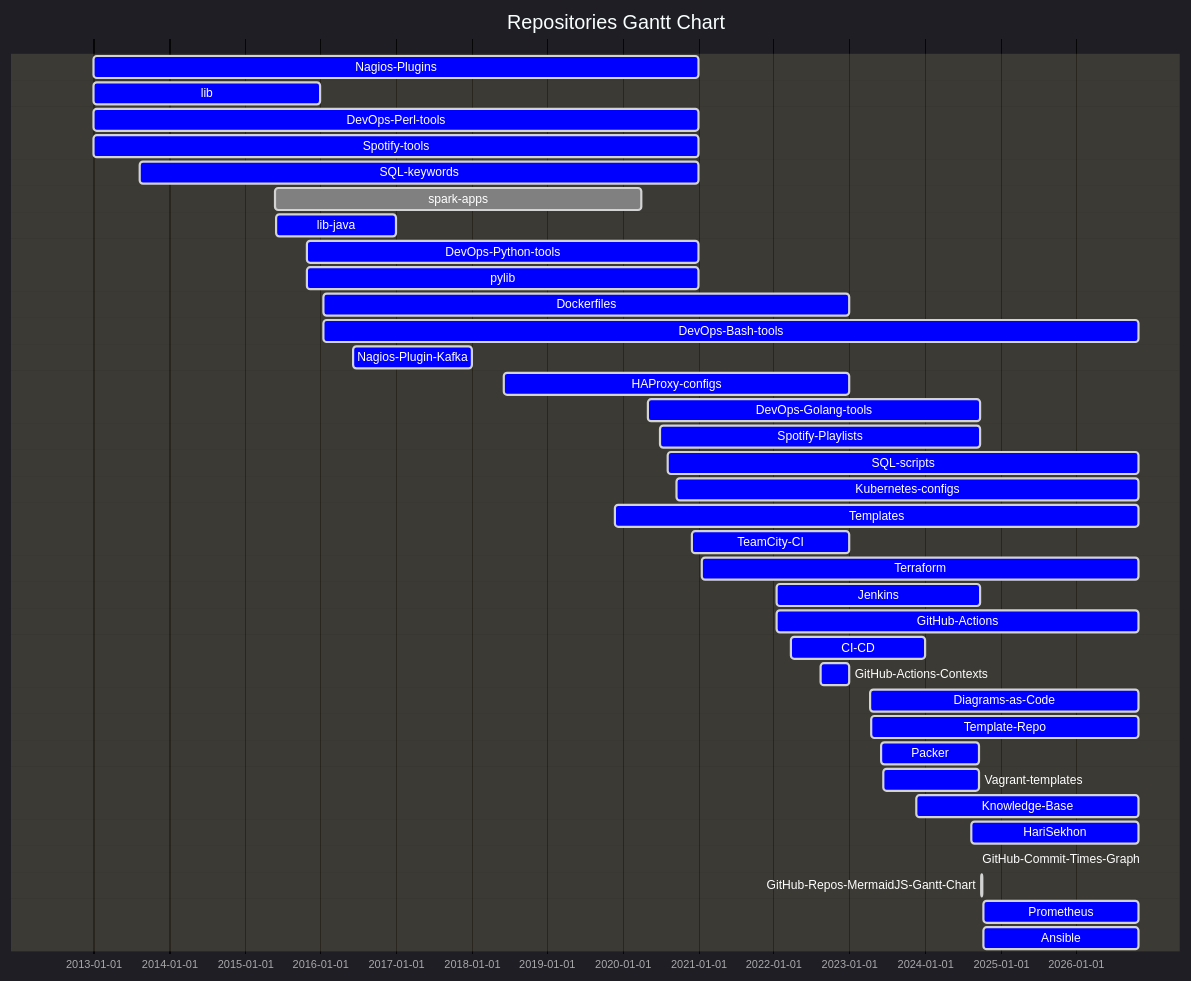
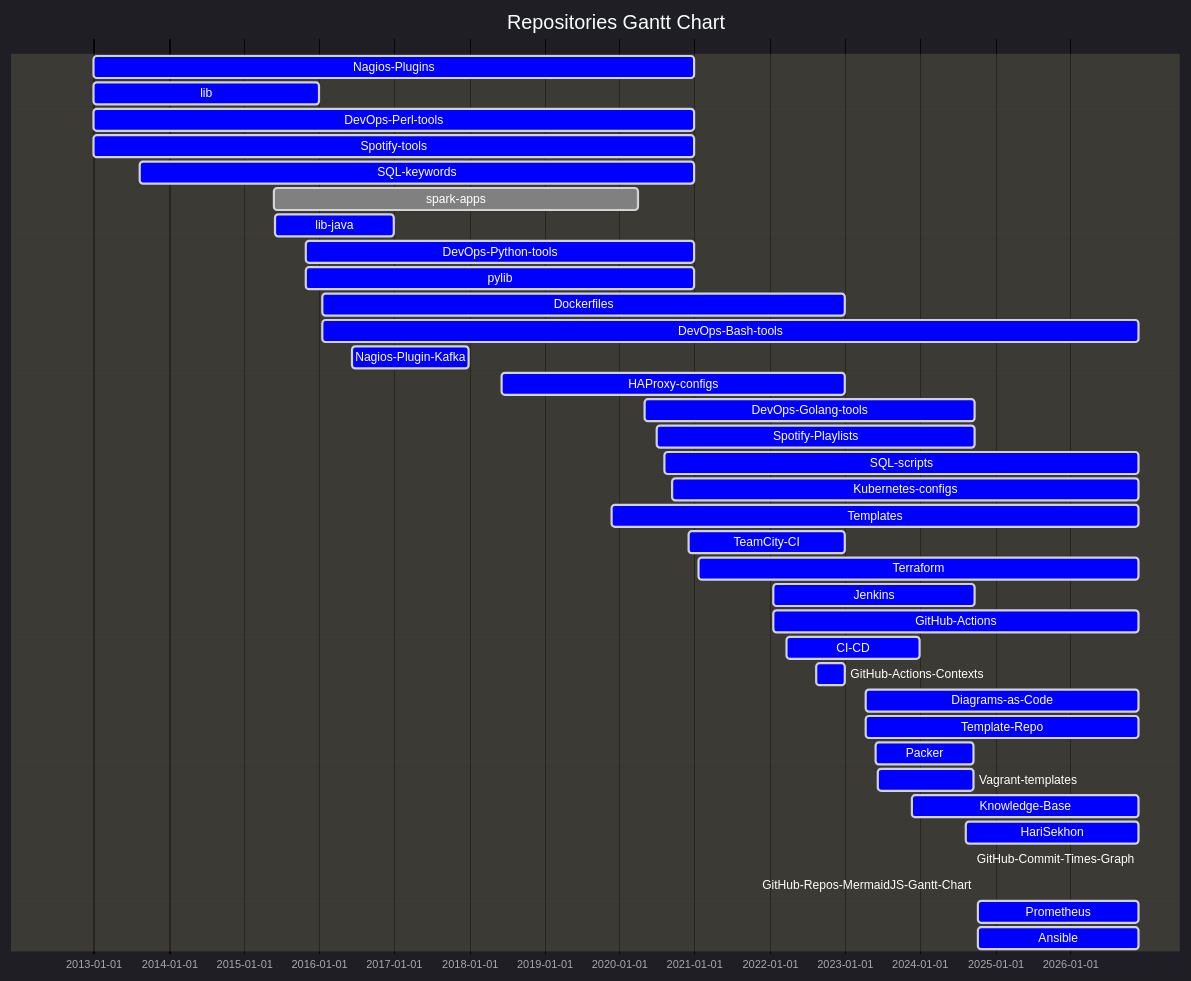
Before and after one commit to HariSekhon/HariSekhon: the first of 2 diagrams in README.md, drawn with Mermaid. The commit also changed other lines of this file, not shown here.

````diff
--- a/README.md
+++ b/README.md
@@ -1287,58 +1287,58 @@
 ```mermaid
 %%{ init: {
         "topAxis": true,
         "logLevel": "debug",
         'theme': 'dark',
         'themeVariables': {
           'activeTaskBkgColor': '#0000ff',
           'activeTaskBorderColor': 'lightgrey',
           'critBorderColor': 'lightgrey',
           'doneTaskBkgColor': 'grey',
           'doneTaskBorderColor': 'lightgrey',
           'taskBkgColor': 'black',
           'taskBorderColor': 'black',
           'taskTextColor': 'white',
           'taskTextDarkColor': 'white',
           'taskTextLightColor': 'black',
           'todayLineColor': 'red'
         }
     }
 }%%
 gantt
     dateFormat  YYYY-MM-DD
     title Repositories Gantt Chart
     Nagios-Plugins : active, 2012-12-30, 2020-12-31
     lib : active, 2012-12-30, 2015-12-31
     DevOps-Perl-tools : active, 2012-12-30, 2020-12-31
     Spotify-tools : active, 2012-12-30, 2020-12-31
     SQL-keywords : active, 2013-08-13, 2020-12-31
     spark-apps : done, 2015-05-25, 2020-04-02
     lib-java : active, 2015-05-31, 2016-12-31
     DevOps-Python-tools : active, 2015-10-27, 2020-12-31
     pylib : active, 2015-10-27, 2020-12-31
     Dockerfiles : active, 2016-01-17, 2022-12-31
-    DevOps-Bash-tools : active, 2016-01-17, 2026-10-30
+    DevOps-Bash-tools : active, 2016-01-17, 2026-11-30
     Nagios-Plugin-Kafka : active, 2016-06-07, 2017-12-31
     HAProxy-configs : active, 2018-06-08, 2022-12-31
     DevOps-Golang-tools : active, 2020-04-30, 2024-09-22
     Spotify-Playlists : active, 2020-06-29, 2024-09-22
-    SQL-scripts : active, 2020-08-05, 2026-10-30
-    Kubernetes-configs : active, 2020-09-16, 2026-10-30
-    Templates : active, 2019-11-25, 2026-10-30
+    SQL-scripts : active, 2020-08-05, 2026-11-30
+    Kubernetes-configs : active, 2020-09-16, 2026-11-30
+    Templates : active, 2019-11-25, 2026-11-30
     TeamCity-CI : active, 2020-12-03, 2022-12-31
-    Terraform : active, 2021-01-18, 2026-10-30
+    Terraform : active, 2021-01-18, 2026-11-30
     Jenkins : active, 2022-01-17, 2024-09-23
-    GitHub-Actions : active, 2022-01-17, 2026-10-30
+    GitHub-Actions : active, 2022-01-17, 2026-11-30
     CI-CD : active, 2022-03-25, 2023-12-31
     GitHub-Actions-Contexts : active, 2022-08-17, 2022-12-31
-    Diagrams-as-Code : active, 2023-04-14, 2026-10-30
-    Template-Repo : active, 2023-04-15, 2026-10-30
+    Diagrams-as-Code : active, 2023-04-14, 2026-11-30
+    Template-Repo : active, 2023-04-15, 2026-11-30
     Packer : active, 2023-06-02, 2024-09-21
     Vagrant-templates : active, 2023-06-12, 2024-09-21
-    Knowledge-Base : active, 2023-11-22, 2026-10-30
-    HariSekhon : active, 2024-08-14, 2026-10-30
+    Knowledge-Base : active, 2023-11-22, 2026-11-30
+    HariSekhon : active, 2024-08-14, 2026-11-30
     GitHub-Commit-Times-Graph : active, 2024-09-07, 2024-09-08
     GitHub-Repos-MermaidJS-Gantt-Chart : active, 2024-10-02, 2024-10-03
-    Prometheus : active, 2024-10-08, 2026-10-30
-    Ansible : active, 2024-10-08, 2026-10-30
+    Prometheus : active, 2024-10-08, 2026-11-30
+    Ansible : active, 2024-10-08, 2026-11-30
 ```
````
